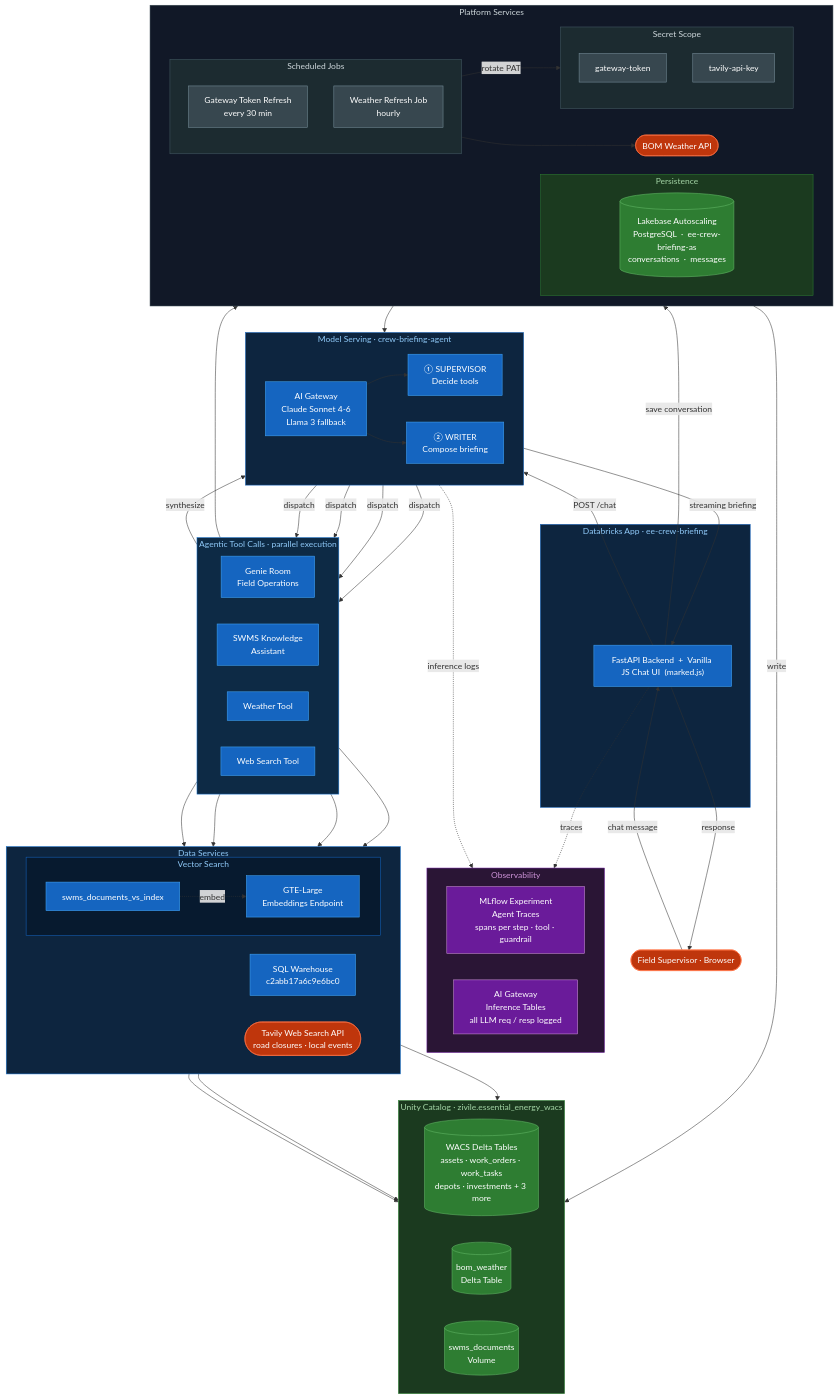
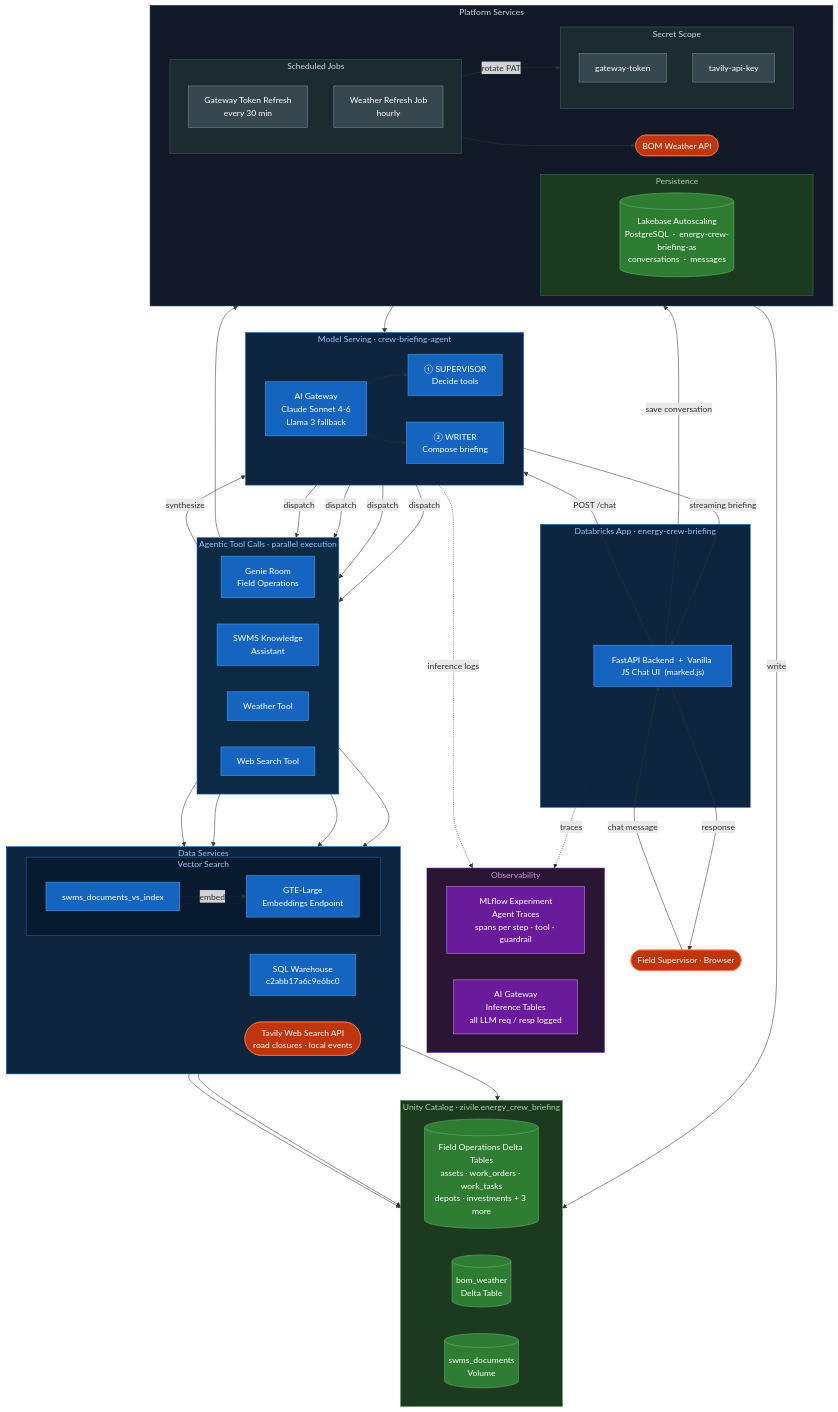
The diagram in architecture.mmd (zivilenorkunaite/energy-crew-briefing-demo), drawn with Mermaid before and after one commit. The commit also changed 39 other files, not shown here.

First line of the commit message:
Rebrand to generic Energy Crew Briefing with full deployment automation

```diff
--- a/architecture.mmd
+++ b/architecture.mmd
@@ -1,159 +1,159 @@
 flowchart TB
 
     %% ┌──────────────────────────────────────────────────┐
     %% │  ROW 0 — OBSERVABILITY                           │
     %% └──────────────────────────────────────────────────┘
     subgraph OBS["Observability"]
         direction LR
         MLFLOW["MLflow Experiment\nAgent Traces\nspans per step · tool · guardrail"]
         INFTBL["AI Gateway\nInference Tables\nall LLM req / resp logged"]
     end
 
     %% ┌──────────────────────────────────────────────────┐
     %% │  ROW 1 — USER                                    │
     %% └──────────────────────────────────────────────────┘
     USER(["Field Supervisor  ·  Browser"])
 
     %% ┌──────────────────────────────────────────────────┐
     %% │  ROW 2 — APP                                     │
     %% └──────────────────────────────────────────────────┘
-    subgraph APP["Databricks App  ·  ee-crew-briefing"]
+    subgraph APP["Databricks App  ·  energy-crew-briefing"]
         FASTAPI["FastAPI Backend  +  Vanilla JS Chat UI  (marked.js)"]
     end
 
     %% ┌──────────────────────────────────────────────────┐
     %% │  ROW 3 — AI GATEWAY                              │
     %% └──────────────────────────────────────────────────┘
     subgraph AIBOX["Model Serving  ·  crew-briefing-agent"]
         direction LR
         GW["AI Gateway\nClaude Sonnet 4-6\nLlama 3 fallback"]
         SUP["① SUPERVISOR\nDecide tools"]
         WRITER["② WRITER\nCompose briefing"]
         GW --> SUP
         GW --> WRITER
     end
 
     %% ┌──────────────────────────────────────────────────┐
     %% │  ROW 4 — TOOL CALLS                              │
     %% └──────────────────────────────────────────────────┘
     subgraph TOOLS["Agentic Tool Calls  ·  parallel execution"]
         direction LR
         GENIE["Genie Room\nField Operations"]
         SWMS_TOOL["SWMS Knowledge\nAssistant"]
         WX_TOOL["Weather Tool"]
         WEB_TOOL["Web Search Tool"]
     end
 
     %% ┌──────────────────────────────────────────────────┐
     %% │  ROW 5 — DATA SERVICES                           │
     %% └──────────────────────────────────────────────────┘
     subgraph DATA["Data Services"]
         direction LR
         WH["SQL Warehouse\nc2abb17a6c9e6bc0"]
         subgraph VS_BOX["Vector Search"]
             VS["swms_documents_vs_index"]
             GTE["GTE-Large\nEmbeddings Endpoint"]
             VS -. "embed" .-> GTE
         end
         TAVILY(["Tavily Web Search API\nroad closures · local events"])
     end
 
     %% ┌──────────────────────────────────────────────────┐
     %% │  ROW 6 — UNITY CATALOG                           │
     %% └──────────────────────────────────────────────────┘
-    subgraph UC["Unity Catalog  ·  zivile.essential_energy_wacs"]
+    subgraph UC["Unity Catalog  ·  zivile.energy_crew_briefing"]
         direction LR
-        WACS[("WACS Delta Tables\nassets · work_orders · work_tasks\ndepots · investments + 3 more")]
+        FIELDOPS[("Field Operations Delta Tables\nassets · work_orders · work_tasks\ndepots · investments + 3 more")]
         WXTBL[("bom_weather\nDelta Table")]
         SWMSTBL[("swms_documents\nVolume")]
     end
 
     %% ┌──────────────────────────────────────────────────┐
     %% │  ROW 7 — PERSISTENCE + JOBS + SECRETS            │
     %% └──────────────────────────────────────────────────┘
     subgraph BOTTOM["Platform Services"]
         direction LR
         subgraph PERSIST["Persistence"]
-            LB[("Lakebase Autoscaling\nPostgreSQL  ·  ee-crew-briefing-as\nconversations  ·  messages")]
+            LB[("Lakebase Autoscaling\nPostgreSQL  ·  energy-crew-briefing-as\nconversations  ·  messages")]
         end
         subgraph BGJOBS["Scheduled Jobs"]
             direction TB
             GWJOB["Gateway Token Refresh\nevery 30 min"]
             WXJOB["Weather Refresh Job\nhourly"]
         end
         subgraph SEC["Secret Scope"]
             direction TB
             S2["gateway-token"]
             S1["tavily-api-key"]
         end
         BOM(["BOM Weather API"])
     end
 
     %% ══════════════════════════════════════════
     %% EDGES
     %% ══════════════════════════════════════════
 
     %% User flow
     USER -- "chat message" --> FASTAPI
     FASTAPI -- "POST /chat" --> GW
     WRITER -- "streaming briefing" --> FASTAPI
     FASTAPI -- "response" --> USER
 
     %% Tool dispatch
     SUP -- "dispatch" --> GENIE
     SUP -- "dispatch" --> SWMS_TOOL
     SUP -- "dispatch" --> WX_TOOL
     SUP -- "dispatch" --> WEB_TOOL
 
     %% Tool → Data
     GENIE --> WH
     SWMS_TOOL --> VS
     VS --> SWMSTBL
     SWMS_TOOL -- "synthesize" --> GW
     WX_TOOL --> WH
     WEB_TOOL --> TAVILY
     WEB_TOOL --> S1
 
     %% SQL Warehouse → UC tables
-    WH --> WACS
+    WH --> FIELDOPS
     WH --> WXTBL
 
     %% Persistence
     FASTAPI -- "save conversation" --> LB
 
     %% Observability
     FASTAPI -. "traces" .-> MLFLOW
     GW -. "inference logs" .-> INFTBL
 
     %% Background jobs
     GWJOB -- "rotate PAT" --> S2
     S2 --> GW
     WXJOB --> BOM
     WXJOB -- "write" --> WXTBL
 
     %% ══════════════════════════════════════════
     %% STYLES
     %% ══════════════════════════════════════════
     classDef blue fill:#1565C0,stroke:#42A5F5,color:#fff
     classDef green fill:#2E7D32,stroke:#66BB6A,color:#fff
     classDef orange fill:#BF360C,stroke:#FF7043,color:#fff
     classDef purple fill:#6A1B9A,stroke:#CE93D8,color:#fff
     classDef gray fill:#37474F,stroke:#78909C,color:#fff
 
     class FASTAPI,WH,GW,SUP,WRITER,GTE,VS,GENIE,SWMS_TOOL,WX_TOOL,WEB_TOOL blue
-    class WACS,WXTBL,SWMSTBL,LB green
+    class FIELDOPS,WXTBL,SWMSTBL,LB green
     class TAVILY,BOM,USER orange
     class MLFLOW,INFTBL purple
     class S1,S2,GWJOB,WXJOB gray
 
     style APP fill:#0D253F,stroke:#1565C0,color:#90CAF9
     style AIBOX fill:#0D253F,stroke:#1565C0,color:#90CAF9
     style TOOLS fill:#0D2A45,stroke:#1976D2,color:#90CAF9
     style DATA fill:#0D253F,stroke:#1976D2,color:#90CAF9
     style VS_BOX fill:#071A2F,stroke:#1565C0,color:#90CAF9
     style UC fill:#1B3A1F,stroke:#388E3C,color:#A5D6A7
     style OBS fill:#2A1535,stroke:#6A1B9A,color:#CE93D8
     style BOTTOM fill:#111827,stroke:#37474F,color:#CFD8DC
     style PERSIST fill:#1B3A1F,stroke:#2E7D32,color:#A5D6A7
     style BGJOBS fill:#1C2B30,stroke:#455A64,color:#CFD8DC
     style SEC fill:#1C2B30,stroke:#455A64,color:#CFD8DC
```
